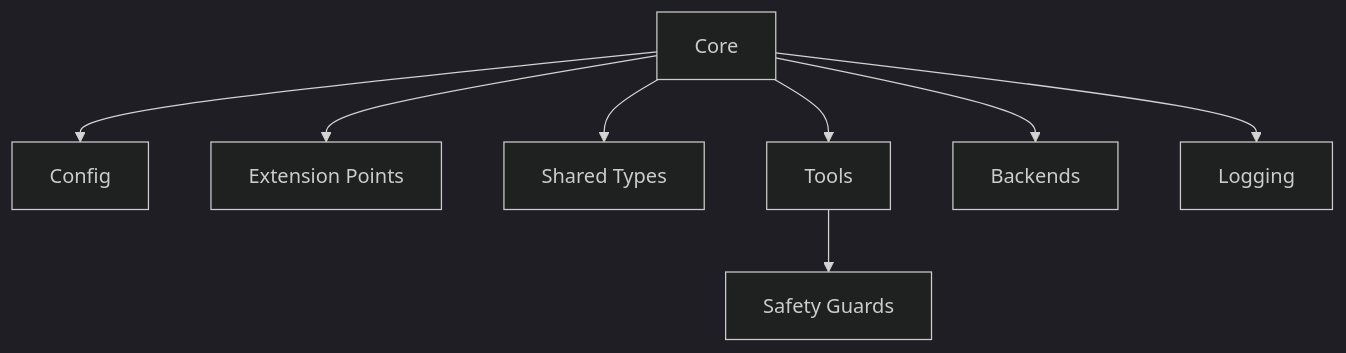
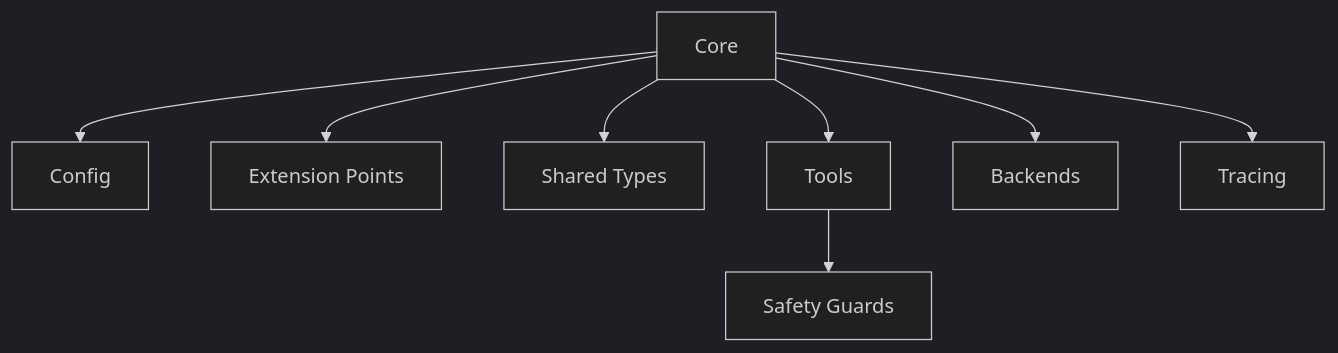
Before and after one commit to mtov/minixx: the third of 4 diagrams in README.md, drawn with Mermaid (dark theme). The commit also changed other lines of this file, not shown here.

````diff
--- a/README.md
+++ b/README.md
@@ -144,19 +145,19 @@
 ```mermaid
 flowchart TD
     A["Config"]
     B["Core"]
     C["Extension Points"]
     D["Shared Types"]
     E["Tools"]
     F["Backends"]
-    G["Logging"]
+    G["Tracing"]
     H["Safety Guards"]
 
     B --> A
     B --> C
     B --> D
     B --> E
     B --> F
     B --> G
     E --> H
 ```
````
